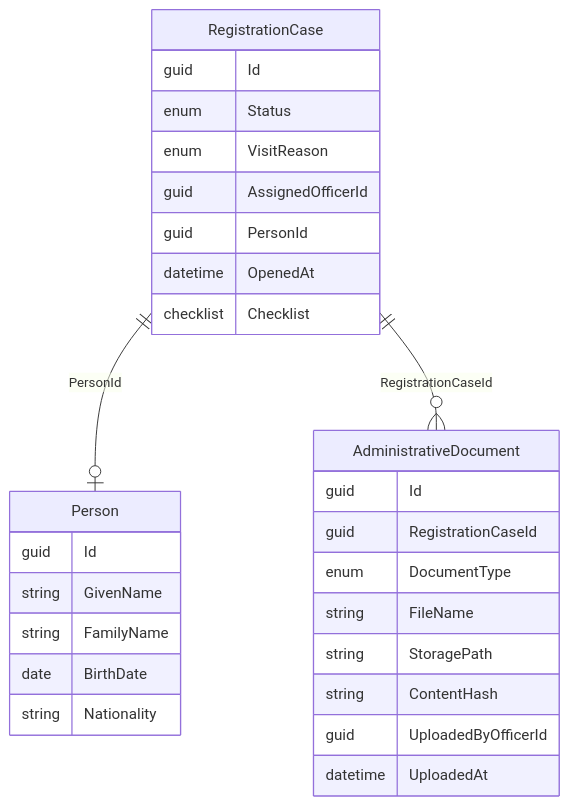
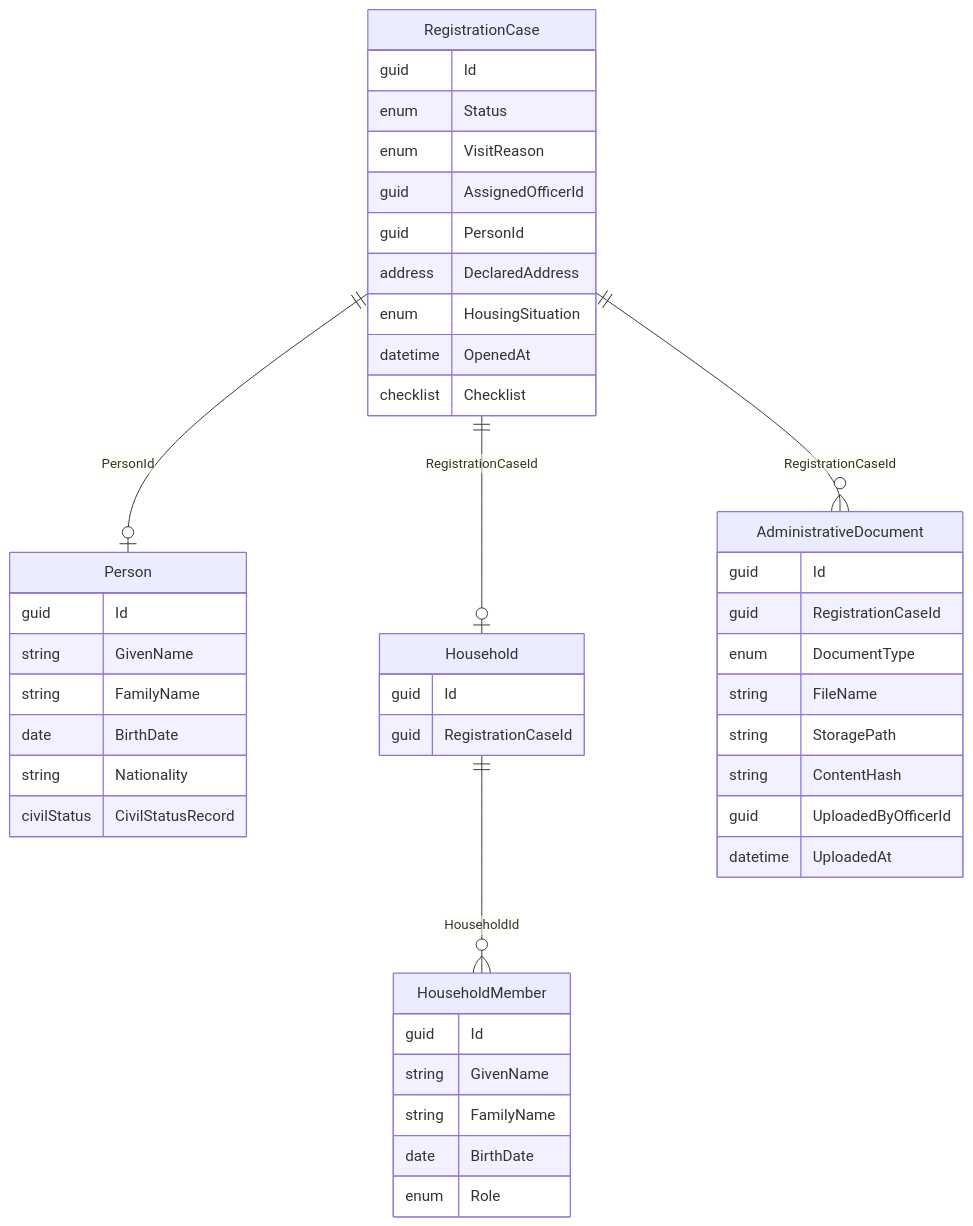
The diagram in docs/features/registration/README.md (JobiJoba/SchaerbeekMunicipality), drawn with Mermaid before and after one commit. The commit also changed other lines of this file and 75 other files, not shown here.

````diff
--- a/docs/features/registration/README.md
+++ b/docs/features/registration/README.md
@@ -7,34 +7,52 @@
 ```mermaid
 erDiagram
     RegistrationCase ||--o| Person : "PersonId"
+    RegistrationCase ||--o| Household : "RegistrationCaseId"
     RegistrationCase ||--o{ AdministrativeDocument : "RegistrationCaseId"
+    Household ||--o{ HouseholdMember : "HouseholdId"
 
     RegistrationCase {
         guid Id
         enum Status
         enum VisitReason
         guid AssignedOfficerId
         guid PersonId
+        address DeclaredAddress
+        enum HousingSituation
         datetime OpenedAt
         checklist Checklist
     }
 
     Person {
         guid Id
         string GivenName
         string FamilyName
         date BirthDate
         string Nationality
+        civilStatus CivilStatusRecord
+    }
+
+    Household {
+        guid Id
+        guid RegistrationCaseId
+    }
+
+    HouseholdMember {
+        guid Id
+        string GivenName
+        string FamilyName
+        date BirthDate
+        enum Role
     }
 
     AdministrativeDocument {
         guid Id
         guid RegistrationCaseId
         enum DocumentType
         string FileName
         string StoragePath
         string ContentHash
         guid UploadedByOfficerId
         datetime UploadedAt
     }
 ```
````
